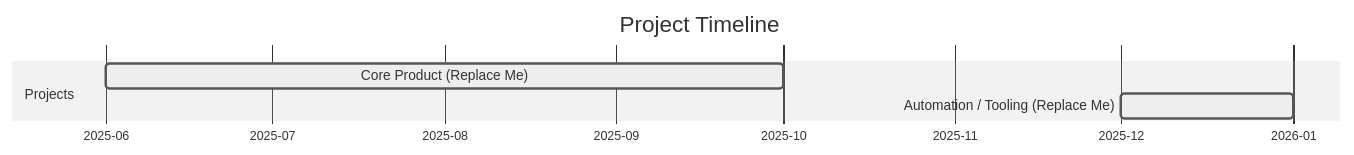
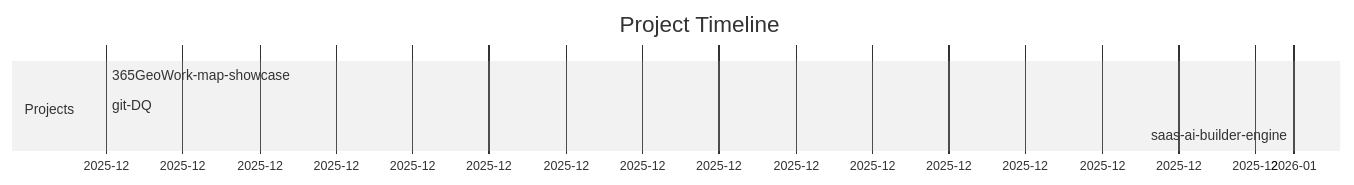
One commit to g5120u/g5120u changed the diagram in README.md. Above: the diagram before and after it, drawn with Mermaid (neutral theme). The commit also changed other lines of this file, not shown here.

````diff
--- a/README.md
+++ b/README.md
@@ -88,13 +106,15 @@
 ```mermaid
 gantt
   title Project Timeline
   dateFormat  YYYY-MM
   axisFormat  %Y-%m
 
   section Projects
 
-  Core Product (Replace Me) :active, 2025-06, 2025-10
+  365GeoWork-map-showcase :active, 2025-12, 2025-12
 
-  Automation / Tooling (Replace Me) :active, 2025-12, 2026-01
+  git-DQ :active, 2025-12, 2025-12
+
+  saas-ai-builder-engine :active, 2026-01, 2026-01
 
 ```
````
